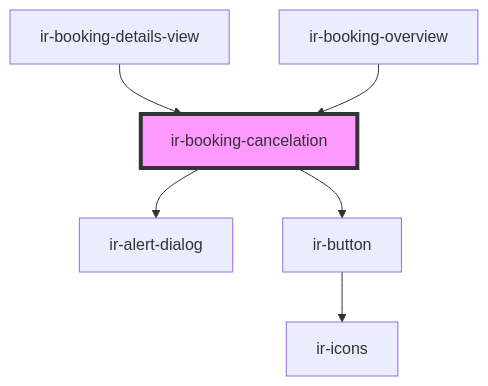
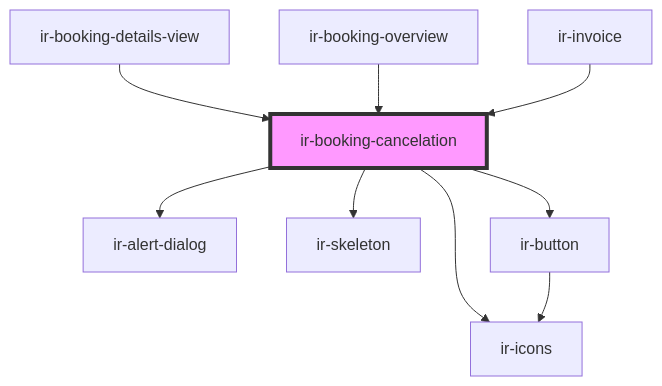
The diagram in src/components/ir-booking-cancelation/readme.md (RonyRizk/ir-be), drawn with Mermaid before and after one commit. The commit also changed other lines of this file and 144 other files, not shown here.

````diff
--- a/src/components/ir-booking-cancelation/readme.md
+++ b/src/components/ir-booking-cancelation/readme.md
@@ -50,9 +56,12 @@
 ```mermaid
 graph TD;
   ir-booking-cancelation --> ir-alert-dialog
+  ir-booking-cancelation --> ir-skeleton
+  ir-booking-cancelation --> ir-icons
   ir-booking-cancelation --> ir-button
   ir-button --> ir-icons
   ir-booking-details-view --> ir-booking-cancelation
   ir-booking-overview --> ir-booking-cancelation
+  ir-invoice --> ir-booking-cancelation
   style ir-booking-cancelation fill:#f9f,stroke:#333,stroke-width:4px
 ```
````
